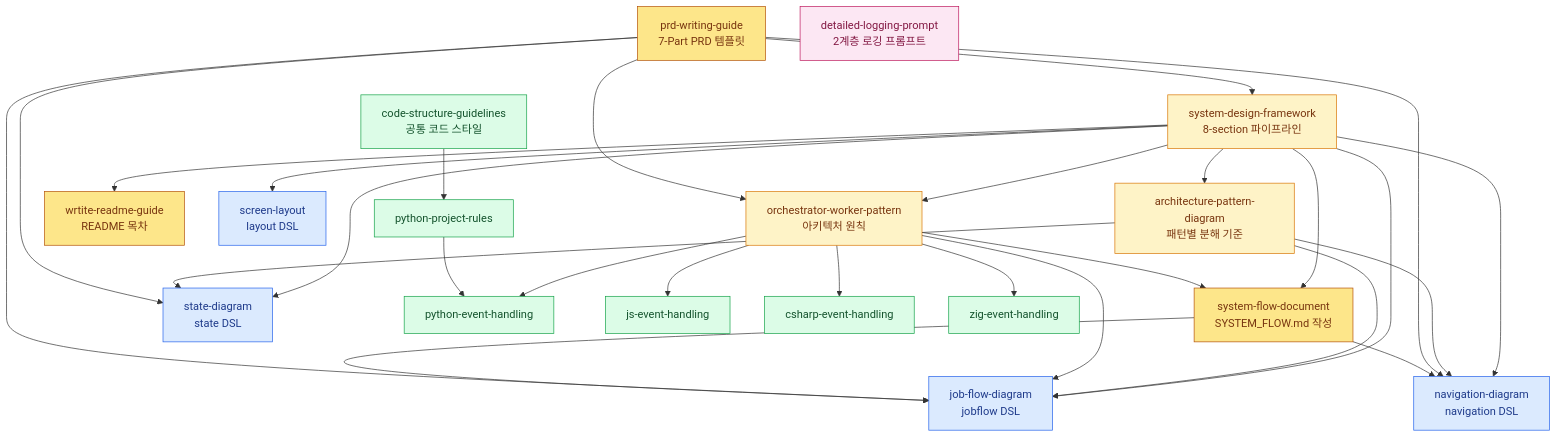
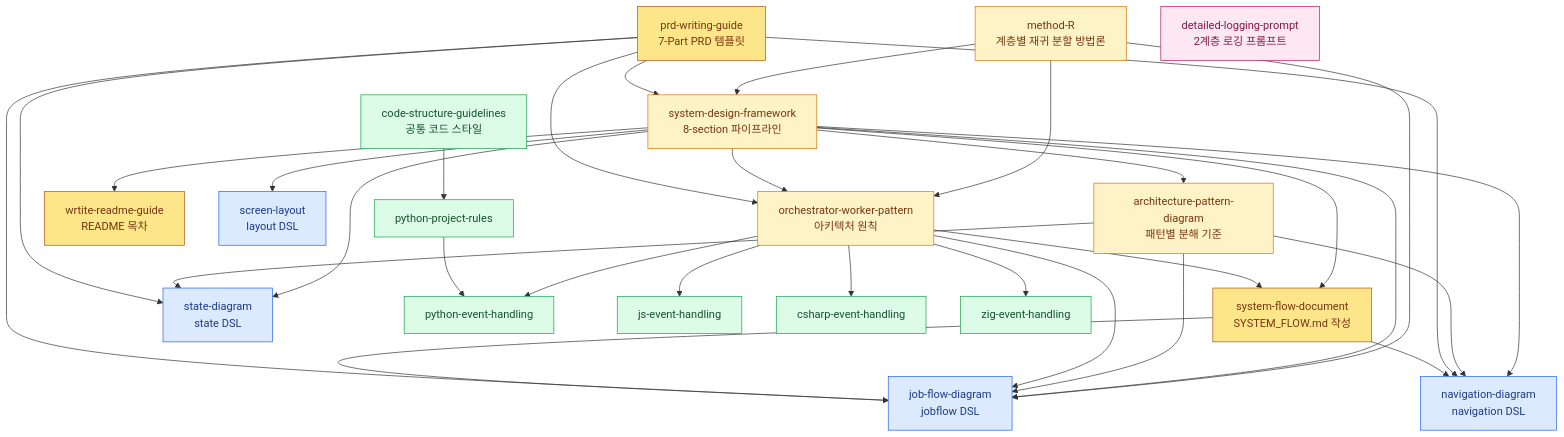
One commit to ryujt/project-guides changed the diagram in README.md. Above: the diagram before and after it, drawn with Mermaid. The commit also changed other lines of this file and 1 other file, not shown here.

First line of the commit message:
docs: add Method-R recursive design methodology guide

````diff
--- a/README.md
+++ b/README.md
@@ -82,52 +84,56 @@
 ```mermaid
 flowchart TB
+    MR["method-R<br/>계층별 재귀 분할 방법론"]:::core
     SDF["system-design-framework<br/>8-section 파이프라인"]:::core
     APD["architecture-pattern-diagram<br/>패턴별 분해 기준"]:::core
     OWP["orchestrator-worker-pattern<br/>아키텍처 원칙"]:::core
     PRD["prd-writing-guide<br/>7-Part PRD 템플릿"]:::spec
     README["wrtite-readme-guide<br/>README 목차"]:::spec
     SFD["system-flow-document<br/>SYSTEM_FLOW.md 작성"]:::spec
 
     JFD["job-flow-diagram<br/>jobflow DSL"]:::dsl
     NAV["navigation-diagram<br/>navigation DSL"]:::dsl
     STT["state-diagram<br/>state DSL"]:::dsl
     LAY["screen-layout<br/>layout DSL"]:::dsl
 
     CSG["code-structure-guidelines<br/>공통 코드 스타일"]:::impl
     PPR["python-project-rules"]:::impl
     PY["python-event-handling"]:::impl
     JS["js-event-handling"]:::impl
     CS["csharp-event-handling"]:::impl
     ZIG["zig-event-handling"]:::impl
 
     LOG["detailed-logging-prompt<br/>2계층 로깅 프롬프트"]:::ops
 
+    MR --> SDF
+    MR --> OWP
+    MR --> JFD
     SDF --> JFD & NAV & STT & LAY
     SDF --> APD
     APD --> JFD
     APD --> NAV
     APD --> STT
     SDF --> OWP
     SDF --> README
     SDF --> SFD
     OWP --> JFD
     OWP --> SFD
     OWP --> PY & JS & CS & ZIG
 
     PRD --> SDF
     PRD --> OWP
     PRD --> JFD
     PRD --> NAV
     PRD --> STT
     SFD --> JFD
     SFD --> NAV
 
     CSG --> PPR
     PPR --> PY
 
     classDef core fill:#fef3c7,stroke:#d97706,color:#78350f
     classDef spec fill:#fde68a,stroke:#b45309,color:#78350f
     classDef dsl fill:#dbeafe,stroke:#2563eb,color:#1e3a8a
     classDef impl fill:#dcfce7,stroke:#16a34a,color:#14532d
     classDef ops fill:#fce7f3,stroke:#be185d,color:#831843
 ```
````
